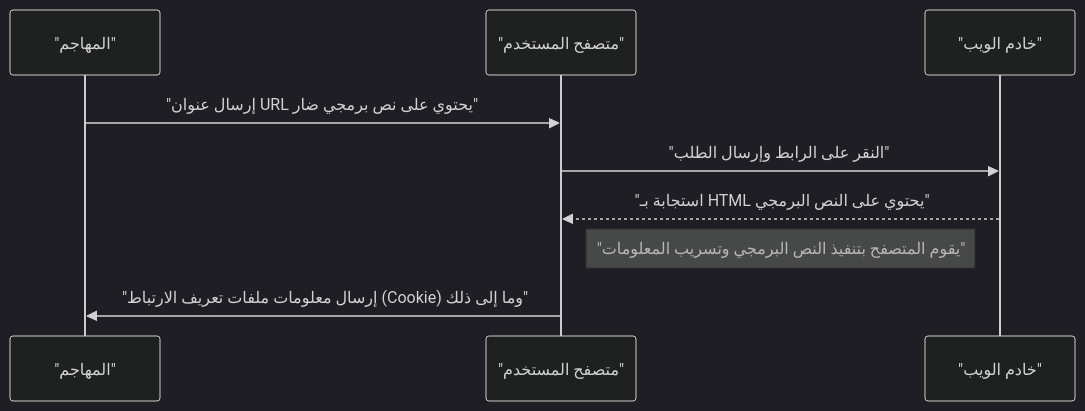
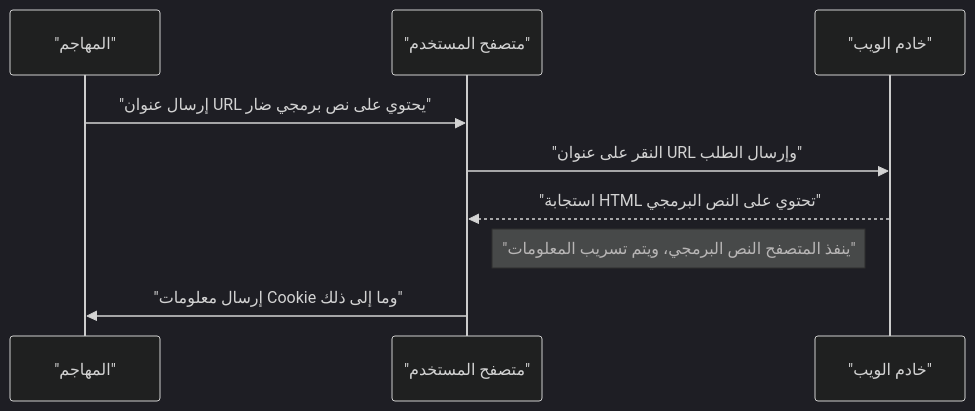
Before and after one commit to kenjinote/blog: the first of 2 diagrams in content/post/web-application-vulnerability-owasp-top-10/index.ar.md, drawn with Mermaid (dark theme). The commit also changed other lines of this file and 12 other files, not shown here.

````diff
--- a/content/post/web-application-vulnerability-owasp-top-10/index.ar.md
+++ b/content/post/web-application-vulnerability-owasp-top-10/index.ar.md
@@ -170,12 +170,12 @@
 ```mermaid
 sequenceDiagram
-    participant "المهاجم"
-    participant "متصفح المستخدم"
-    participant "خادم الويب"
+    participant A as "المهاجم"
+    participant B as "متصفح المستخدم"
+    participant C as "خادم الويب"
 
-    "المهاجم"->>"متصفح المستخدم": "إرسال عنوان URL يحتوي على نص برمجي ضار"
-    "متصفح المستخدم"->>"خادم الويب": "النقر على الرابط وإرسال الطلب"
-    "خادم الويب"-->>"متصفح المستخدم": "استجابة بـ HTML يحتوي على النص البرمجي"
-    Note right of "متصفح المستخدم": "يقوم المتصفح بتنفيذ النص البرمجي وتسريب المعلومات"
-    "متصفح المستخدم"->>"المهاجم": "إرسال معلومات ملفات تعريف الارتباط (Cookie) وما إلى ذلك"
+    A->>B: "إرسال عنوان URL يحتوي على نص برمجي ضار"
+    B->>C: "النقر على عنوان URL وإرسال الطلب"
+    C-->>B: "استجابة HTML تحتوي على النص البرمجي"
+    Note right of B: "ينفذ المتصفح النص البرمجي، ويتم تسريب المعلومات"
+    B->>A: "إرسال معلومات Cookie وما إلى ذلك"
 ```
````
